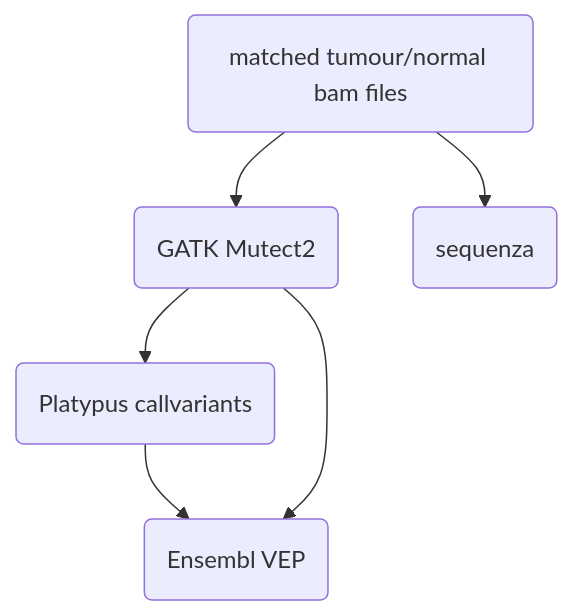
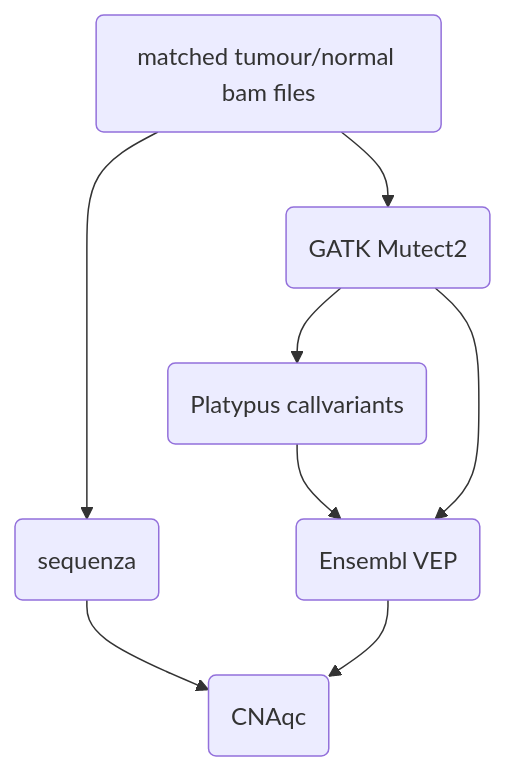
The diagram in docs/usage.md (chelauk/nf-core-mutectplatypus), drawn with Mermaid before and after one commit.

````diff
--- a/docs/usage.md
+++ b/docs/usage.md
@@ -8,9 +8,11 @@
 ```mermaid
 flowchart TD
 step1(matched tumour/normal bam files)
 step1 --> step2(GATK Mutect2)
 step1 --> step5(sequenza)
 step2 --> step3(Platypus callvariants)
 step3 --> step4(Ensembl VEP)
 step2 --> step4
+step5 --> step6(CNAqc)
+step4 --> step6
 ```
````
